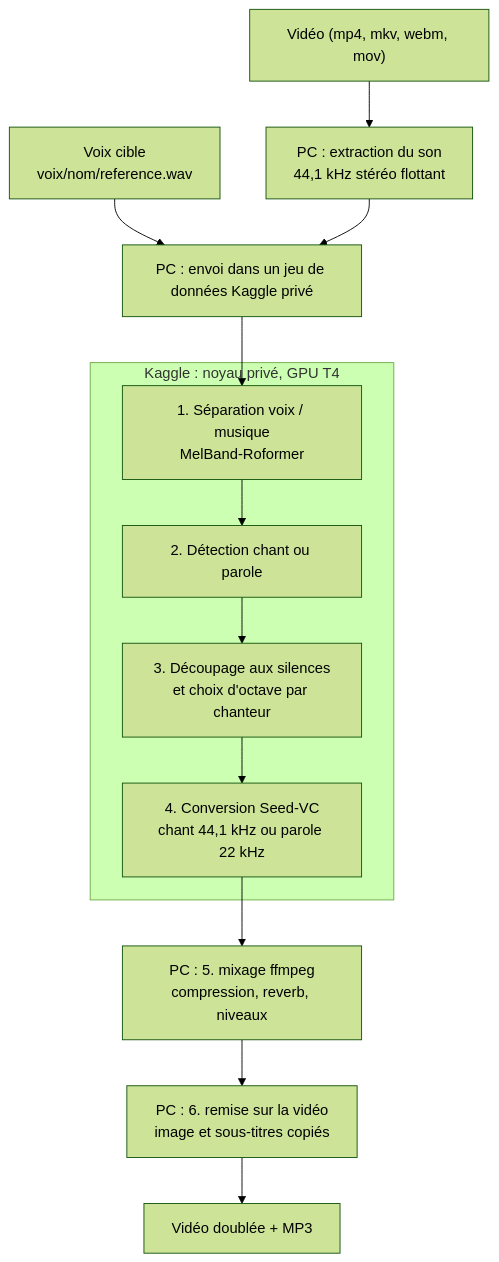
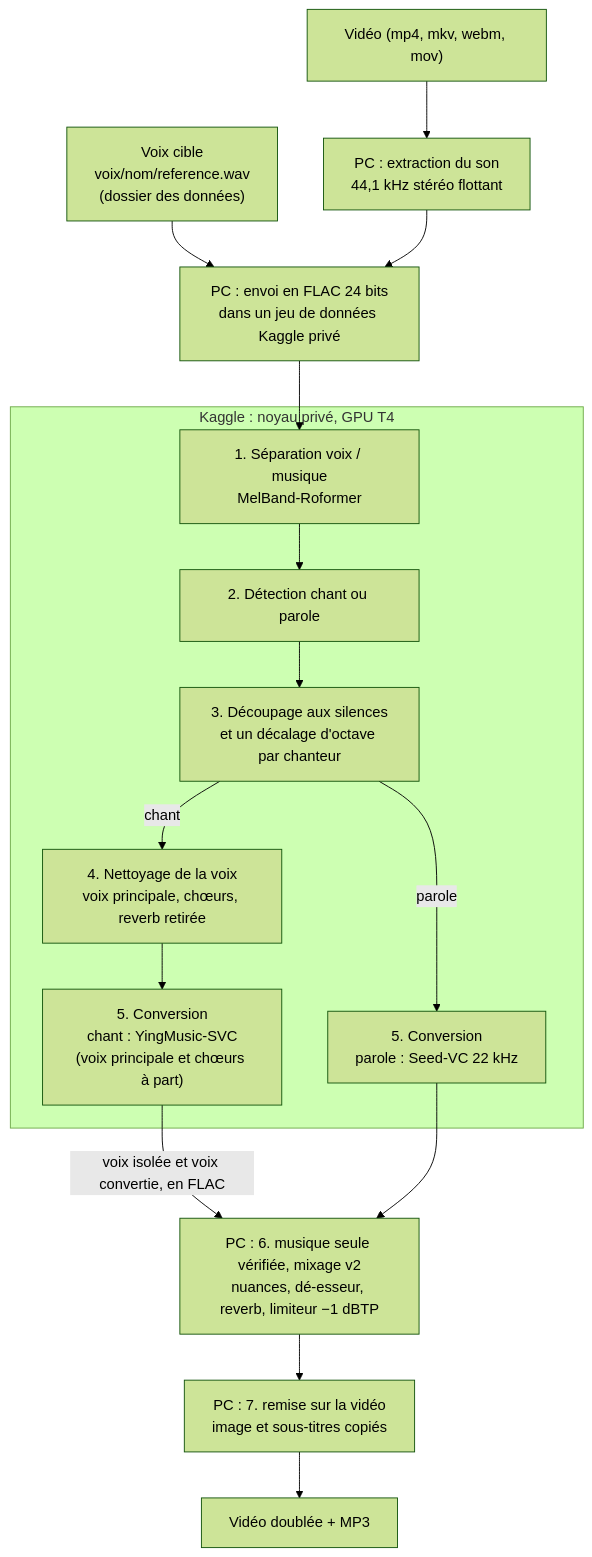
One commit to mawena/Voix-la changed the diagram in README.md. Above: the diagram before and after it, drawn with Mermaid (forest theme). The commit also changed other lines of this file and 1 other file, not shown here.

````diff
--- a/README.md
+++ b/README.md
@@ -42,15 +44,18 @@
 ```mermaid
 flowchart TD
     V["Vidéo (mp4, mkv, webm, mov)"] --> X["PC : extraction du son<br/>44,1 kHz stéréo flottant"]
-    R["Voix cible<br/>voix/nom/reference.wav"] --> J
-    X --> J["PC : envoi dans un jeu de données Kaggle privé"]
+    R["Voix cible<br/>voix/nom/reference.wav<br/>(dossier des données)"] --> J
+    X --> J["PC : envoi en FLAC 24 bits<br/>dans un jeu de données Kaggle privé"]
     J --> S
     subgraph K["Kaggle : noyau privé, GPU T4"]
         S["1. Séparation voix / musique<br/>MelBand-Roformer"] --> M["2. Détection chant ou parole"]
-        M --> O["3. Découpage aux silences<br/>et choix d'octave par chanteur"]
-        O --> C["4. Conversion Seed-VC<br/>chant 44,1 kHz ou parole 22 kHz"]
+        M --> O["3. Découpage aux silences<br/>et un décalage d'octave par chanteur"]
+        O -->|chant| N["4. Nettoyage de la voix<br/>voix principale, chœurs, reverb retirée"]
+        N --> C["5. Conversion<br/>chant : YingMusic-SVC<br/>(voix principale et chœurs à part)"]
+        O -->|parole| P["5. Conversion<br/>parole : Seed-VC 22 kHz"]
     end
-    C --> MIX["PC : 5. mixage ffmpeg<br/>compression, reverb, niveaux"]
-    MIX --> F["PC : 6. remise sur la vidéo<br/>image et sous-titres copiés"]
+    C -->|"voix isolée et voix convertie, en FLAC"| MIX["PC : 6. musique seule vérifiée, mixage v2<br/>nuances, dé-esseur, reverb, limiteur −1 dBTP"]
+    P --> MIX
+    MIX --> F["PC : 7. remise sur la vidéo<br/>image et sous-titres copiés"]
     F --> OUT["Vidéo doublée + MP3"]
 ```
````
